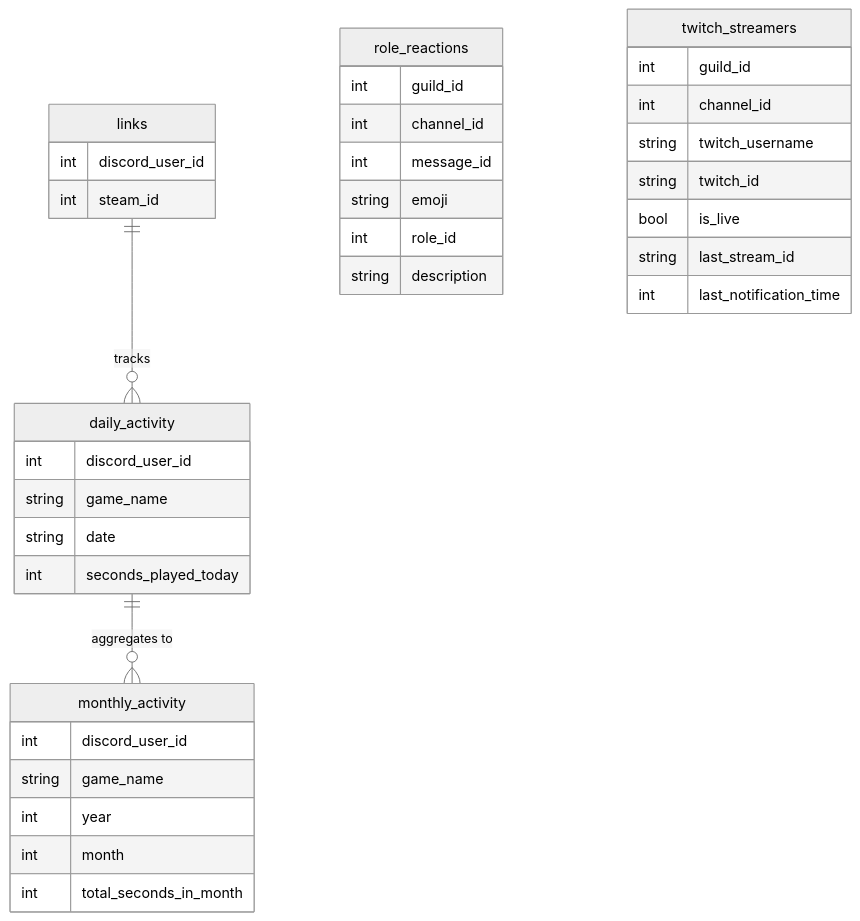
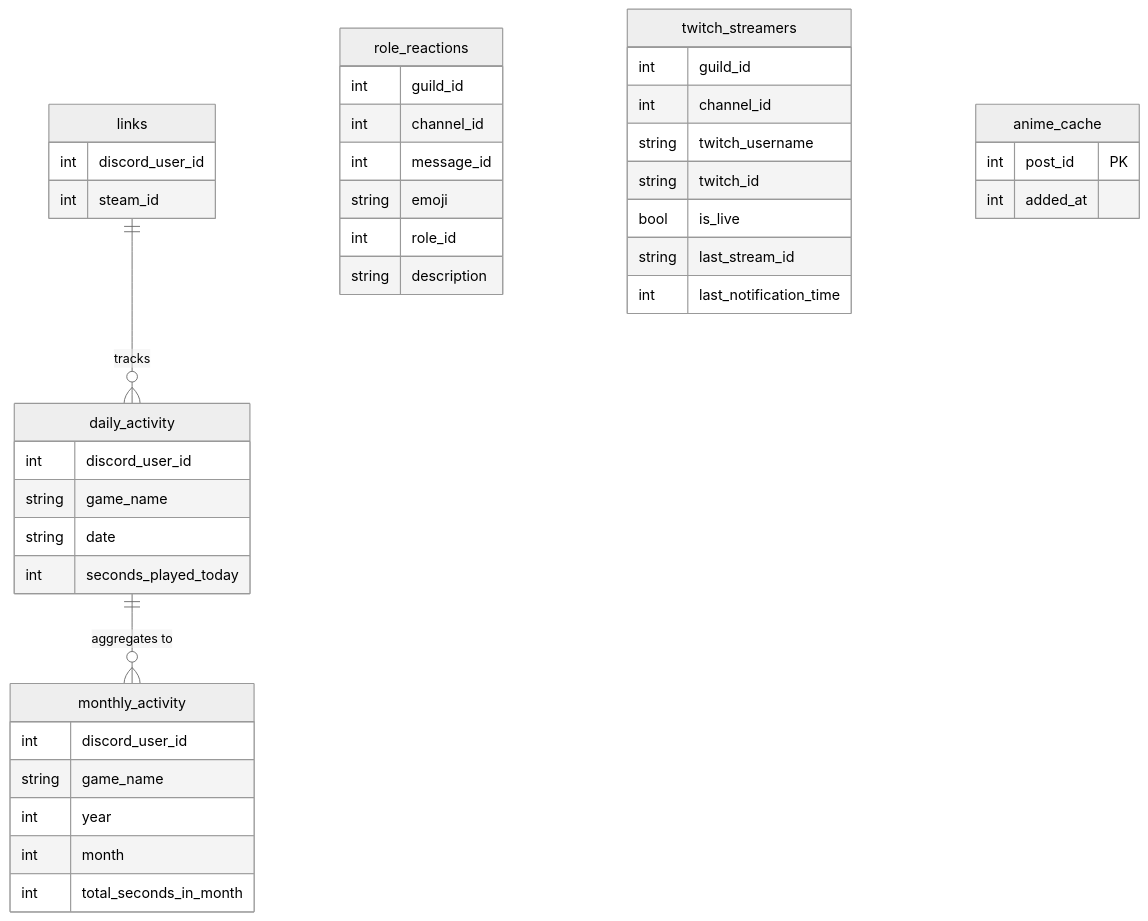
The sixth of 9 diagrams in docs/ARCHITECTURE.md (Twinlab/pd_bot), drawn with Mermaid (neutral theme) before and after one commit. The commit also changed other lines of this file and 6 other files, not shown here.

````diff
--- a/docs/ARCHITECTURE.md
+++ b/docs/ARCHITECTURE.md
@@ -109,44 +138,49 @@
 ```mermaid
 erDiagram
     links {
         int discord_user_id
         int steam_id
     }
 
     daily_activity {
         int discord_user_id
         string game_name
         string date
         int seconds_played_today
     }
 
     monthly_activity {
         int discord_user_id
         string game_name
         int year
         int month
         int total_seconds_in_month
     }
 
     role_reactions {
         int guild_id
         int channel_id
         int message_id
         string emoji
         int role_id
         string description
     }
 
     twitch_streamers {
         int guild_id
         int channel_id
         string twitch_username
         string twitch_id
         bool is_live
         string last_stream_id
         int last_notification_time
     }
 
+    anime_cache {
+        int post_id PK
+        int added_at
+    }
+
     links ||--o{ daily_activity : "tracks"
     daily_activity ||--o{ monthly_activity : "aggregates to"
 ```
````
